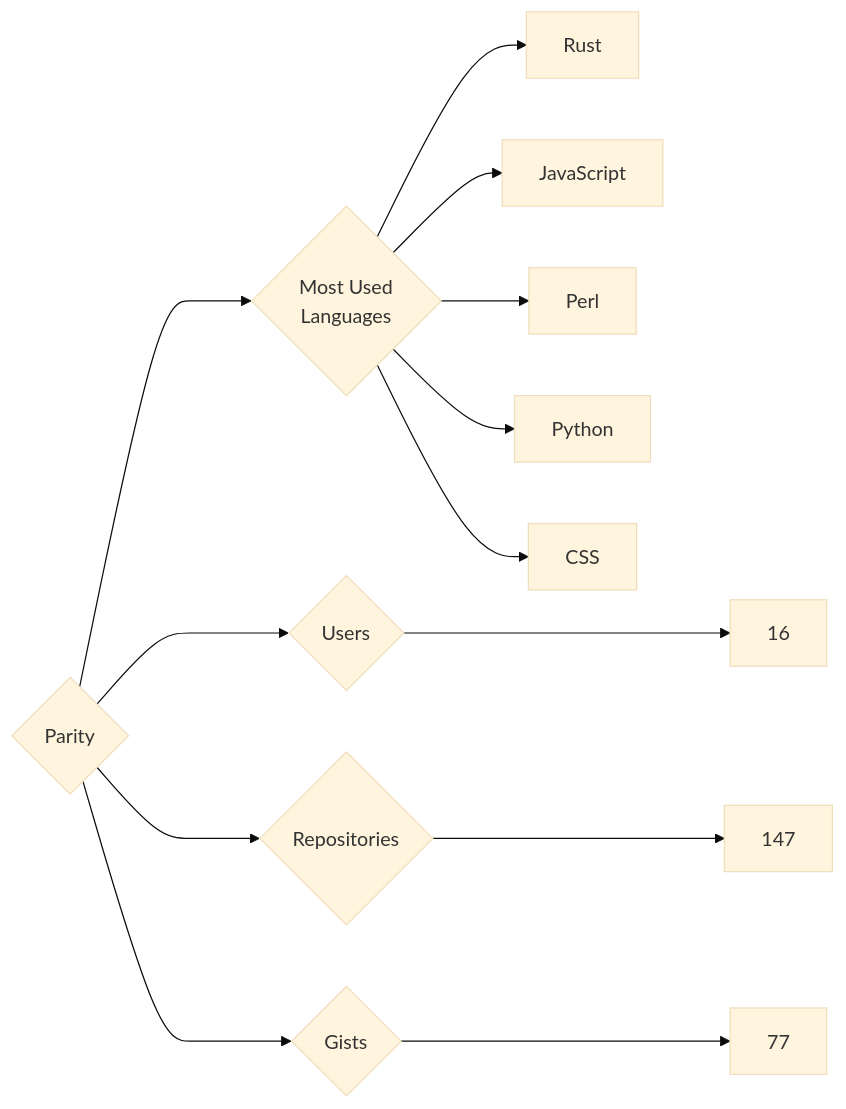
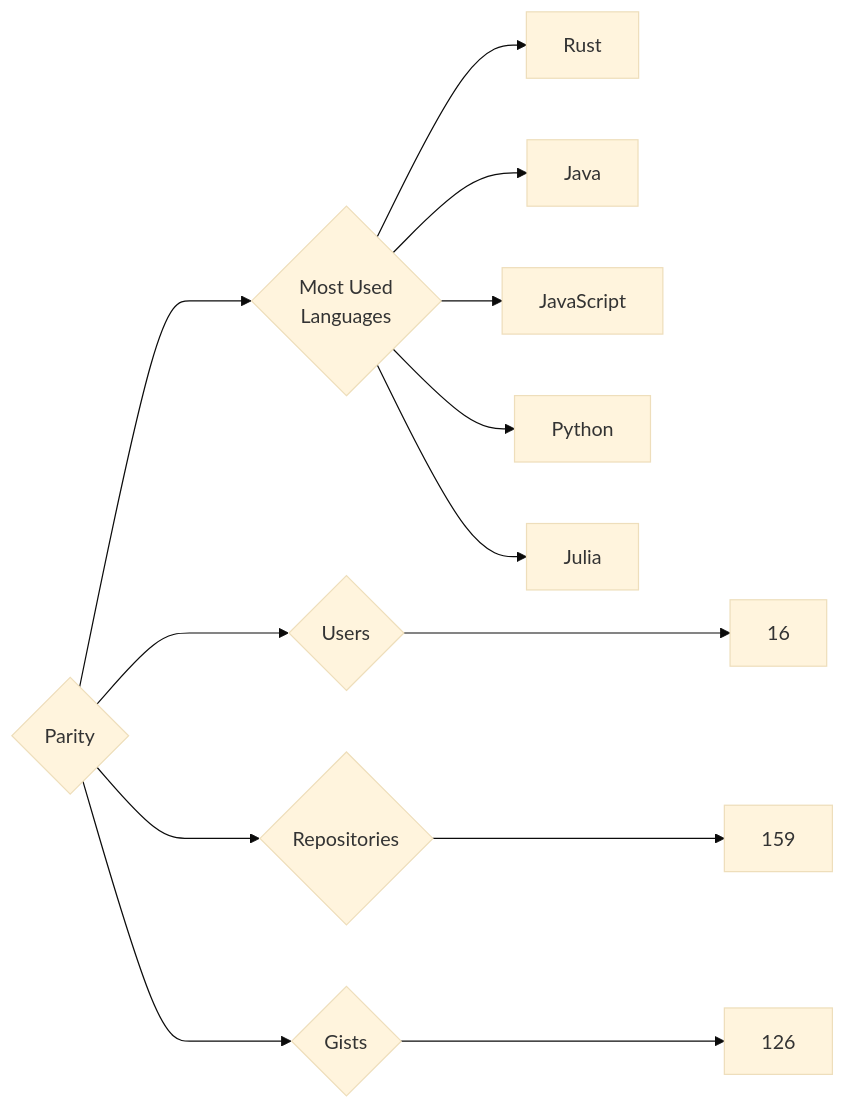
One commit to trickest/insiders changed the diagram in targets/Parity/README.md. Above: the diagram before and after it, drawn with Mermaid (base theme). The commit also changed 953 other files, not shown here.

````diff
--- a/targets/Parity/README.md
+++ b/targets/Parity/README.md
@@ -3,13 +3,13 @@
 ```mermaid
 graph LR
 COMPANY_NAME{Parity}
 COMPANY_NAME ---> U{Users} ---> UN[16]
-COMPANY_NAME ---> R{Repositories} ---> RN[147]
-COMPANY_NAME ---> G{Gists} ---> GN[77]
+COMPANY_NAME ---> R{Repositories} ---> RN[159]
+COMPANY_NAME ---> G{Gists} ---> GN[126]
 COMPANY_NAME ---> ML{Most Used<br>Languages}
 ML --> Rust[Rust]
+ML --> Java[Java]
 ML --> JavaScript[JavaScript]
-ML --> Perl[Perl]
 ML --> Python[Python]
-ML --> CSS[CSS]
+ML --> Julia[Julia]
 ```
````
